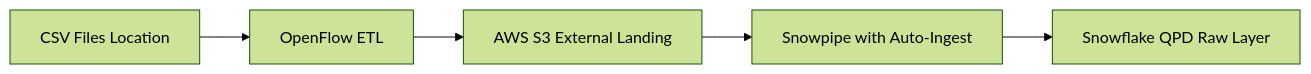
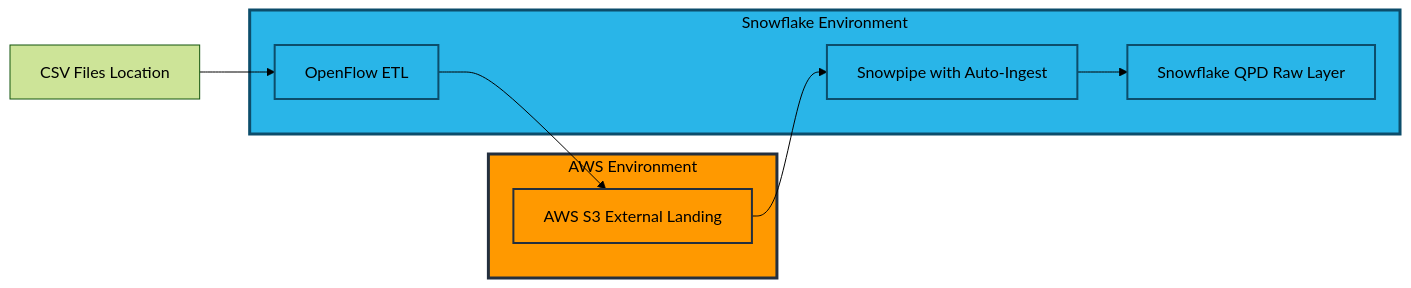
Before and after one commit to sfc-gh-mhindi/REPO_CBA: diagram 11 of 22 in 15-BB-QPD Future State/QPD - Future State.md, drawn with Mermaid (forest theme). The commit also changed other lines of this file, not shown here.

Commit message:
Update QPD - Future State.md

````diff
--- a/15-BB-QPD Future State/QPD - Future State.md
+++ b/15-BB-QPD Future State/QPD - Future State.md
@@ -601,7 +700,26 @@
 ```mermaid
 graph LR
-    CSV[CSV Files Location] --> OpenFlow[OpenFlow ETL]
-    OpenFlow --> S3_Landing[AWS S3 External Landing]
-    S3_Landing --> Snowpipe[Snowpipe with Auto-Ingest]
-    Snowpipe --> SF_Raw[Snowflake QPD Raw Layer]
+    CSV[CSV Files Location]
+    
+    subgraph AWS["AWS Environment"]
+        S3_Landing[AWS S3 External Landing]
+    end
+    
+    subgraph Snowflake["Snowflake Environment"]
+        OpenFlow[OpenFlow ETL]
+        Snowpipe[Snowpipe with Auto-Ingest]
+        SF_Raw[Snowflake QPD Raw Layer]
+    end
+    
+    CSV --> OpenFlow
+    OpenFlow --> S3_Landing
+    S3_Landing --> Snowpipe
+    Snowpipe --> SF_Raw
+    
+    style AWS fill:#ff9900,stroke:#232f3e,stroke-width:3px,color:#000
+    style Snowflake fill:#29b5e8,stroke:#0c4d6b,stroke-width:3px,color:#000
+    style S3_Landing fill:#ff9900,stroke:#232f3e,stroke-width:2px,color:#000
+    style OpenFlow fill:#29b5e8,stroke:#0c4d6b,stroke-width:2px,color:#000
+    style Snowpipe fill:#29b5e8,stroke:#0c4d6b,stroke-width:2px,color:#000
+    style SF_Raw fill:#29b5e8,stroke:#0c4d6b,stroke-width:2px,color:#000
 ```
````
